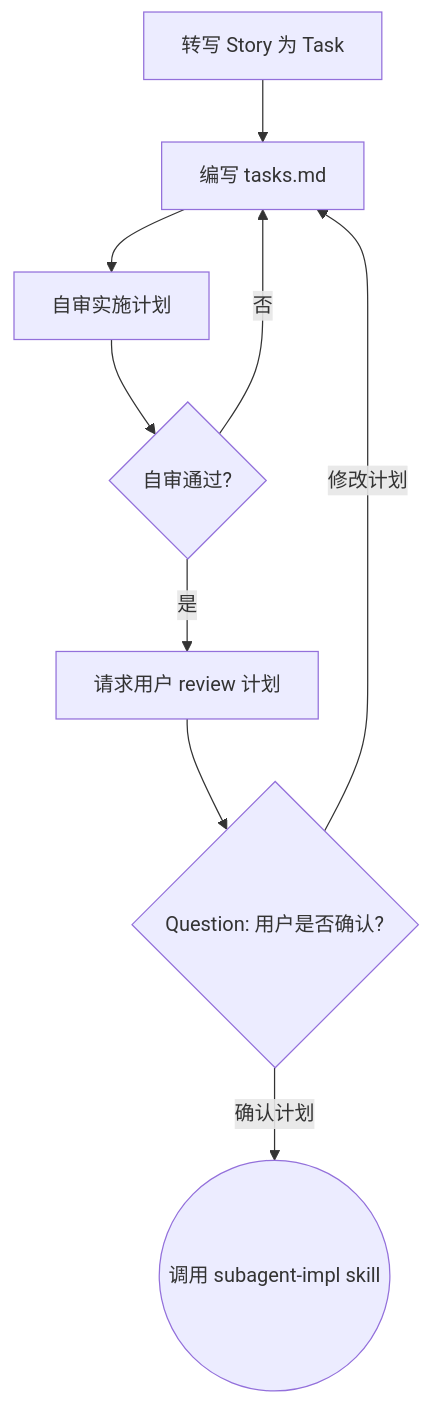
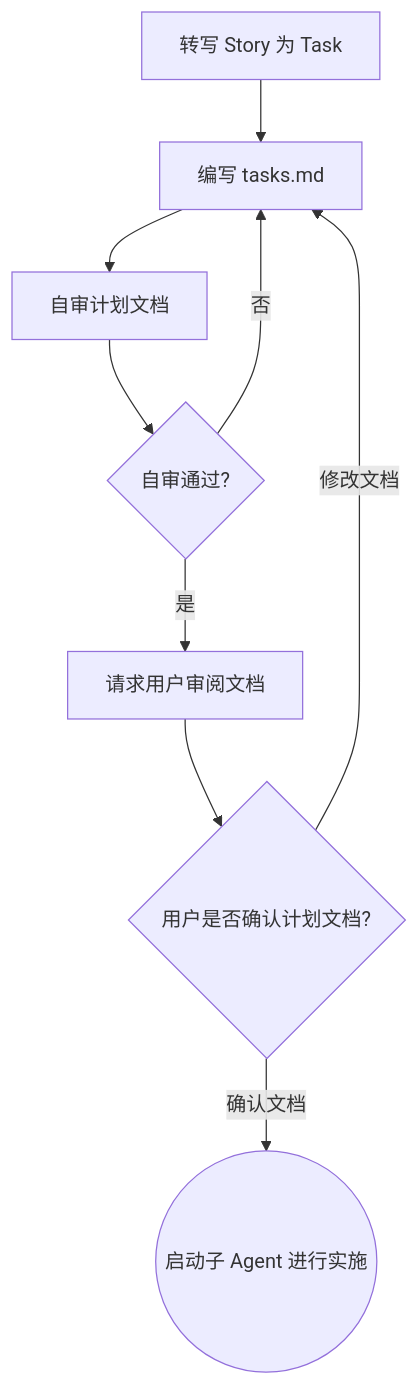
One commit to BaiduComate/mission-flow changed the diagram in skills/plan/SKILL.md. Above: the diagram before and after it, drawn with Mermaid. The commit also changed other lines of this file and 11 other files, not shown here.

Commit message:
feat: localize mission flow stage names

````diff
--- a/skills/plan/SKILL.md
+++ b/skills/plan/SKILL.md
@@ -128,11 +130,11 @@
 ```mermaid
 flowchart TD
     A[转写 Story 为 Task] --> C[编写 tasks.md]
-    C --> D[自审实施计划]
+    C --> D[自审计划文档]
     D --> E{自审通过?}
     E -->|否| C
-    E -->|是| F[请求用户 review 计划]
-    F --> G{Question: 用户是否确认?}
-    G -->|修改计划| C
-    G -->|确认计划| H((调用 subagent-impl skill))
+    E -->|是| F[请求用户审阅文档]
+    F --> G{用户是否确认计划文档?}
+    G -->|修改文档| C
+    G -->|确认文档| H((启动子 Agent 进行实施))
 ```
````
